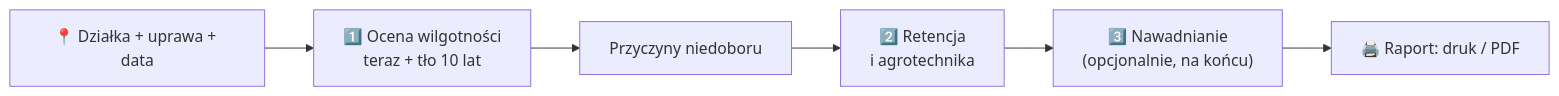
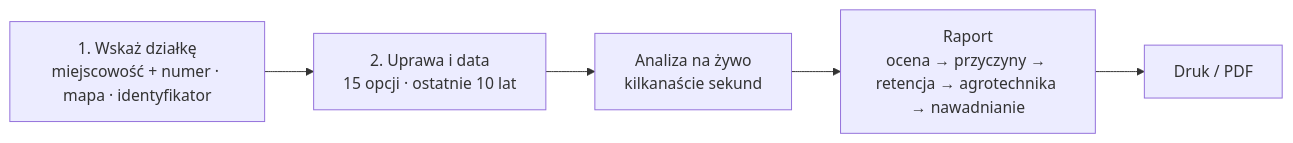
One commit to migrabos/hacknation2026gssct changed the first of 2 diagrams in README.md. Above: the diagram before and after it, drawn with Mermaid. The commit also changed other lines of this file, not shown here.

````diff
--- a/README.md
+++ b/README.md
@@ -85,8 +85,7 @@
 ```mermaid
 flowchart LR
-    A["📍 Działka + uprawa + data"] --> B["1️⃣ Ocena wilgotności<br/>teraz + tło 10 lat"]
-    B --> C["Przyczyny niedoboru"]
-    C --> D["2️⃣ Retencja<br/>i agrotechnika"]
-    D --> E["3️⃣ Nawadnianie<br/>(opcjonalnie, na końcu)"]
-    E --> F["🖨️ Raport: druk / PDF"]
+    A["1. Wskaż działkę<br/>miejscowość + numer · mapa · identyfikator"] --> B["2. Uprawa i data<br/>15 opcji · ostatnie 10 lat"]
+    B --> C["Analiza na żywo<br/>kilkanaście sekund"]
+    C --> D["Raport<br/>ocena → przyczyny → retencja → agrotechnika → nawadnianie"]
+    D --> E["Druk / PDF"]
 ```
````
